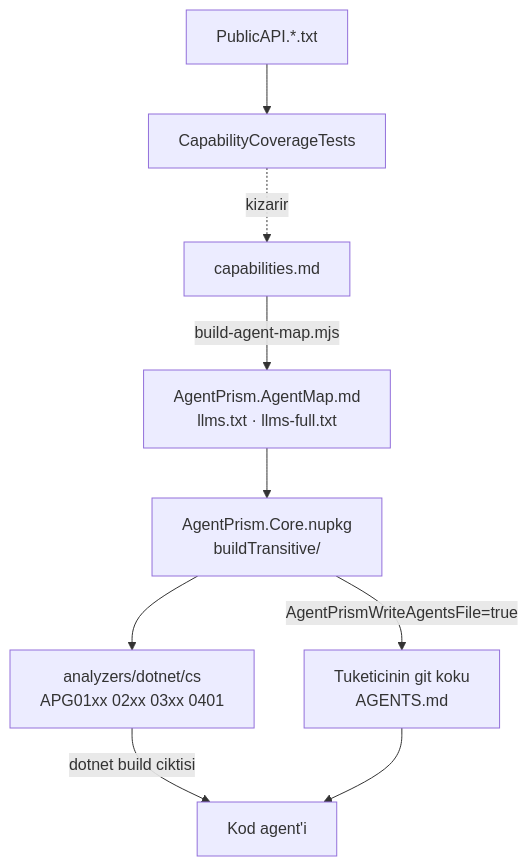
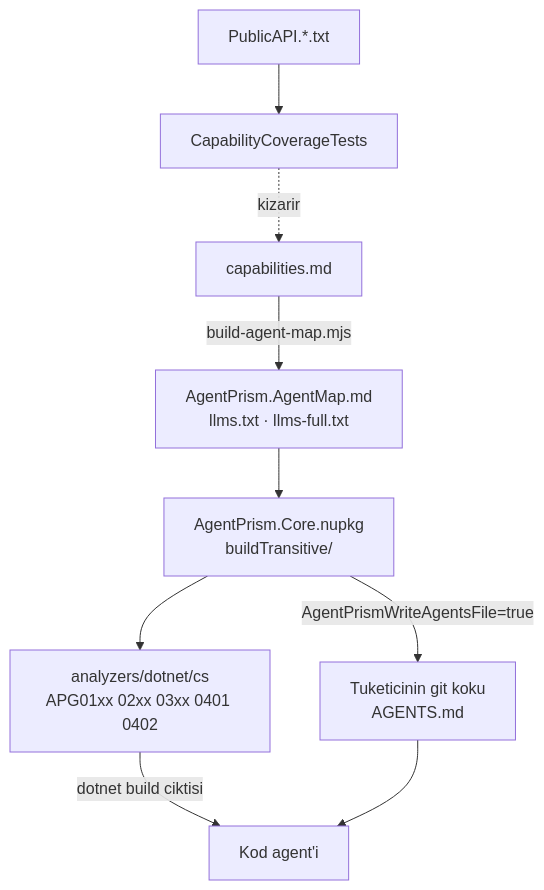
One commit to farukatasoy/Tracon changed the diagram in docs/manuel-test/29-AGENT-DESTEGI.md. Above: the diagram before and after it, drawn with Mermaid. The commit also changed other lines of this file and 30 other files, not shown here.

````diff
--- a/docs/manuel-test/29-AGENT-DESTEGI.md
+++ b/docs/manuel-test/29-AGENT-DESTEGI.md
@@ -21,11 +21,11 @@
 ```mermaid
 flowchart TD
     SRC["capabilities.md"] -->|"build-agent-map.mjs"| MAP["AgentPrism.AgentMap.md<br/>llms.txt · llms-full.txt"]
     MAP --> PKG["AgentPrism.Core.nupkg<br/>buildTransitive/"]
     PKG -->|"AgentPrismWriteAgentsFile=true"| REPO["Tuketicinin git koku<br/>AGENTS.md"]
-    PKG --> AN["analyzers/dotnet/cs<br/>APG01xx 02xx 03xx 0401"]
+    PKG --> AN["analyzers/dotnet/cs<br/>APG01xx 02xx 03xx 0401 0402"]
     AN -->|"dotnet build ciktisi"| AGENT["Kod agent'i"]
     REPO --> AGENT
     API["PublicAPI.*.txt"] --> GATE["CapabilityCoverageTests"]
     GATE -.->|"kizarir"| SRC
 ```
````
